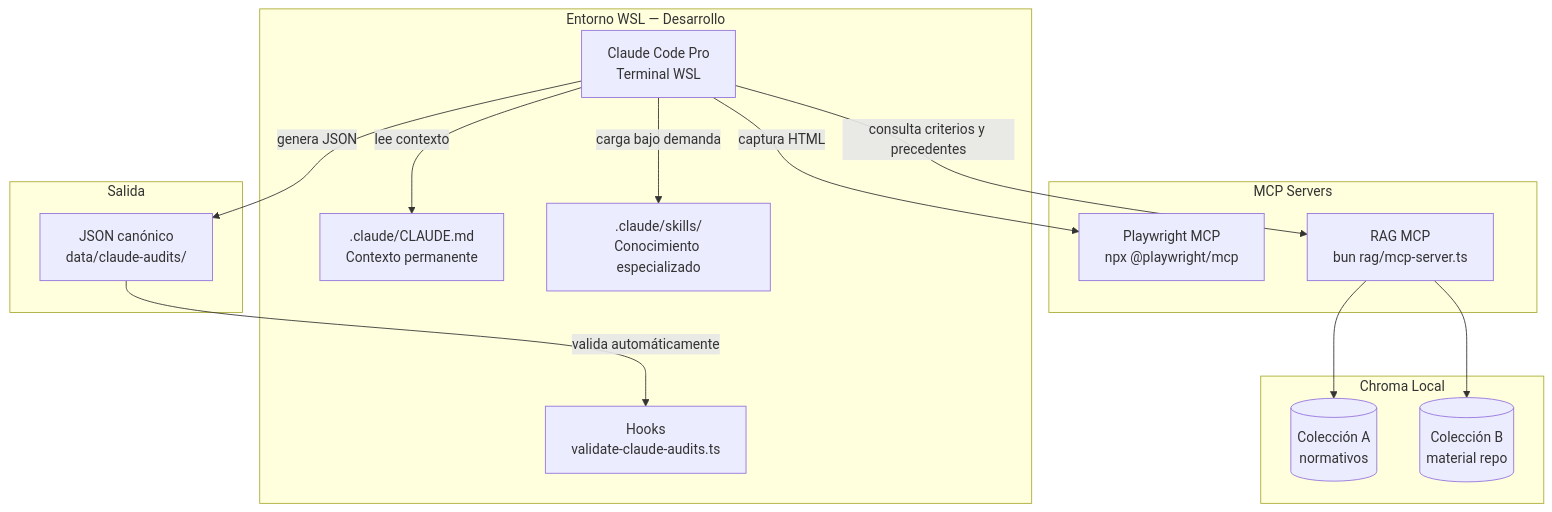
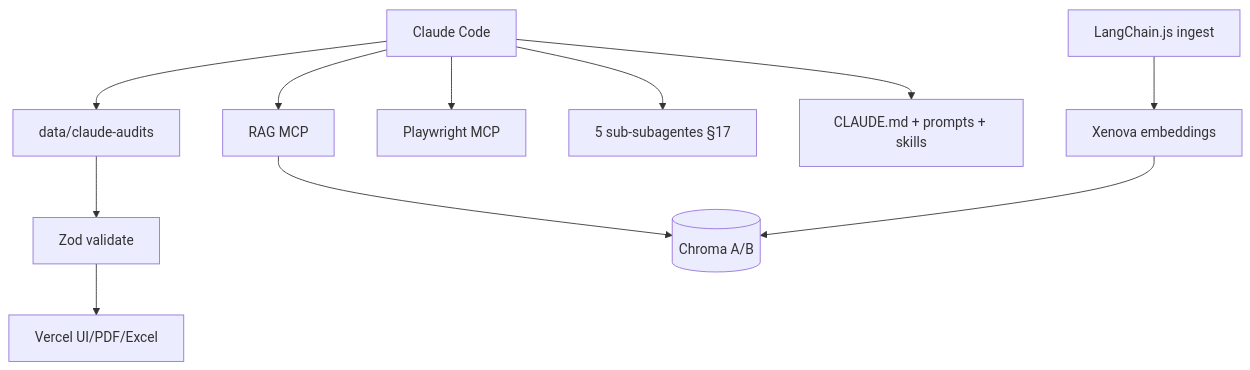
Before and after one commit to Fernandodesign96/lc-inapi.app: the diagram in docs/ARCHITECTURE.md, drawn with Mermaid. The commit also changed other lines of this file and 29 other files, not shown here.

````diff
--- a/docs/ARCHITECTURE.md
+++ b/docs/ARCHITECTURE.md
@@ -54,32 +50,22 @@
 ```mermaid
 flowchart TD
-  subgraph wsl [Entorno WSL — Desarrollo]
-    CC[Claude Code Pro\nTerminal WSL]
-    CLAUDE_MD[.claude/CLAUDE.md\nContexto permanente]
-    SKILLS[.claude/skills/\nConocimiento especializado]
-    HOOKS[Hooks\nvalidate-claude-audits.ts]
-  end
+  CC[Claude Code]
+  CM[CLAUDE.md + prompts + skills]
+  SA[5 sub-subagentes §17]
+  PW[Playwright MCP]
+  RAG[RAG MCP]
+  CH[(Chroma A/B)]
+  XE[Xenova embeddings]
+  LC[LangChain.js ingest]
+  Z[Zod validate]
+  JSON[data/claude-audits]
+  V[Vercel UI/PDF/Excel]
 
-  subgraph mcp [MCP Servers]
-    PW[Playwright MCP\nnpx @playwright/mcp]
-    RAG[RAG MCP\nbun rag/mcp-server.ts]
-  end
-
-  subgraph chroma [Chroma Local]
-    CA[(Colección A\nnormativos)]
-    CB[(Colección B\nmaterial repo)]
-  end
-
-  subgraph output [Salida]
-    JSON[JSON canónico\ndata/claude-audits/]
-  end
-
-  CC -->|lee contexto| CLAUDE_MD
-  CC -->|carga bajo demanda| SKILLS
-  CC -->|captura HTML| PW
-  CC -->|consulta criterios y precedentes| RAG
-  RAG --> CA
-  RAG --> CB
-  CC -->|genera JSON| JSON
-  JSON -->|valida automáticamente| HOOKS
+  CC --> CM
+  CC --> SA
+  CC --> PW
+  CC --> RAG
+  RAG --> CH
+  LC --> XE --> CH
+  CC --> JSON --> Z --> V
 ```
````
